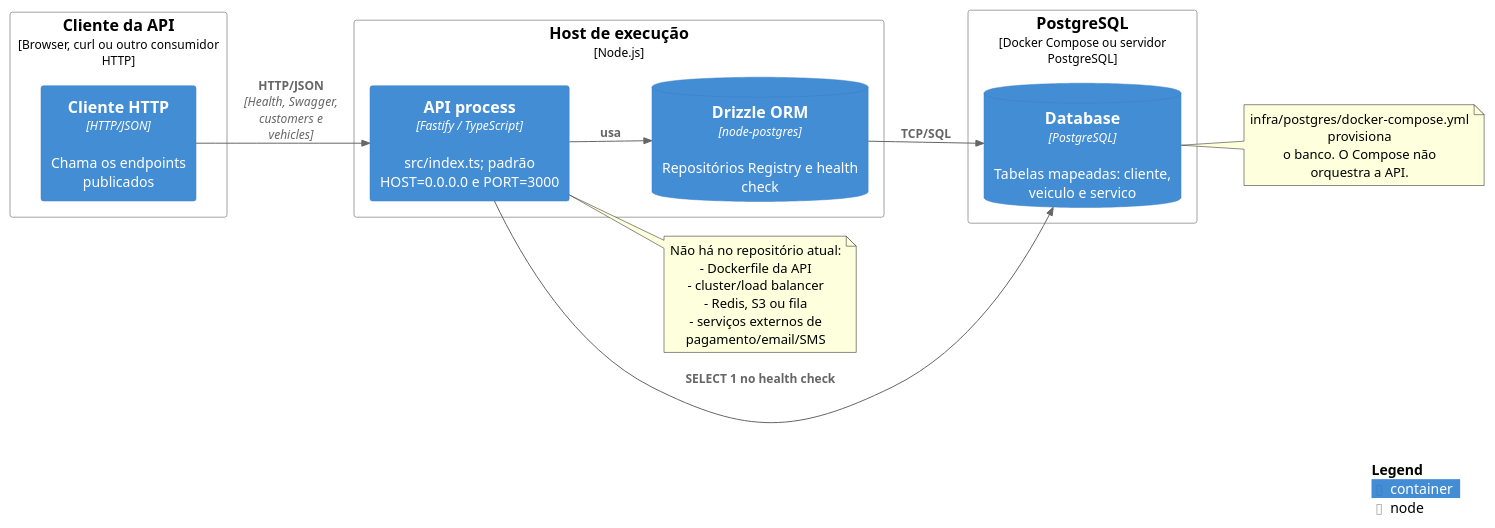
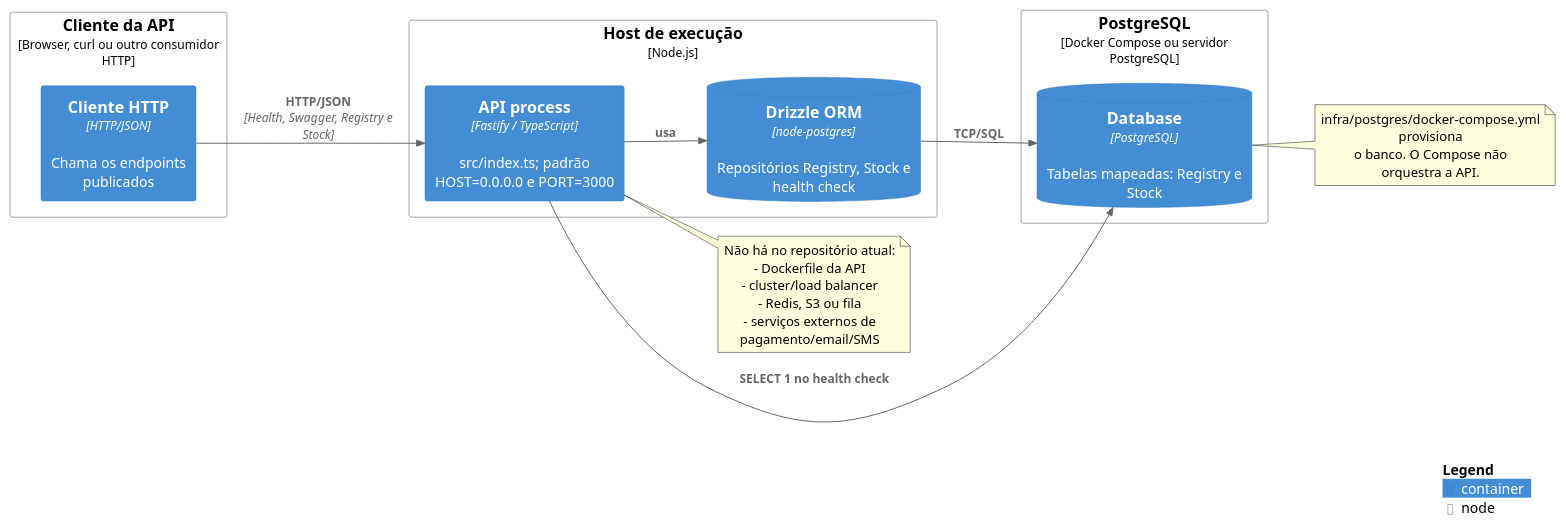
One commit to 15soat-fiap-45/api.mecanica changed the diagram in docs/plantuml/deployment.puml. Above: the diagram before and after it, drawn with PlantUML. The commit also changed 14 other files, not shown here.

First line of the commit message:
feat: add stock management features including routes, use cases, and database schema

```diff
--- a/docs/plantuml/deployment.puml
+++ b/docs/plantuml/deployment.puml
@@ -1,36 +1,36 @@
 @startuml Deployment - Estado Atual
 !include https://raw.githubusercontent.com/plantuml-stdlib/C4-PlantUML/master/C4_Deployment.puml
 LAYOUT_LEFT_RIGHT()
 
 Deployment_Node(client, "Cliente da API", "Browser, curl ou outro consumidor HTTP") {
     Container(client_tool, "Cliente HTTP", "HTTP/JSON", "Chama os endpoints publicados")
 }
 
 Deployment_Node(host, "Host de execução", "Node.js") {
     Container(api_process, "API process", "Fastify / TypeScript", "src/index.ts; padrão HOST=0.0.0.0 e PORT=3000")
-    ContainerDb(drizzle, "Drizzle ORM", "node-postgres", "Repositórios Registry e health check")
+    ContainerDb(drizzle, "Drizzle ORM", "node-postgres", "Repositórios Registry, Stock e health check")
 }
 
 Deployment_Node(database_runtime, "PostgreSQL", "Docker Compose ou servidor PostgreSQL") {
-    ContainerDb(postgres, "Database", "PostgreSQL", "Tabelas mapeadas: cliente, veiculo e servico")
+    ContainerDb(postgres, "Database", "PostgreSQL", "Tabelas mapeadas: Registry e Stock")
 }
 
-Rel(client_tool, api_process, "HTTP/JSON", "Health, Swagger, customers e vehicles")
+Rel(client_tool, api_process, "HTTP/JSON", "Health, Swagger, Registry e Stock")
 Rel(api_process, drizzle, "usa")
 Rel(drizzle, postgres, "TCP/SQL")
 Rel(api_process, postgres, "SELECT 1 no health check")
 
 note right of api_process
     Não há no repositório atual:
     - Dockerfile da API
     - cluster/load balancer
     - Redis, S3 ou fila
     - serviços externos de pagamento/email/SMS
 end note
 
 note right of postgres
     infra/postgres/docker-compose.yml provisiona
     o banco. O Compose não orquestra a API.
 end note
 SHOW_LEGEND()
 @enduml
```
